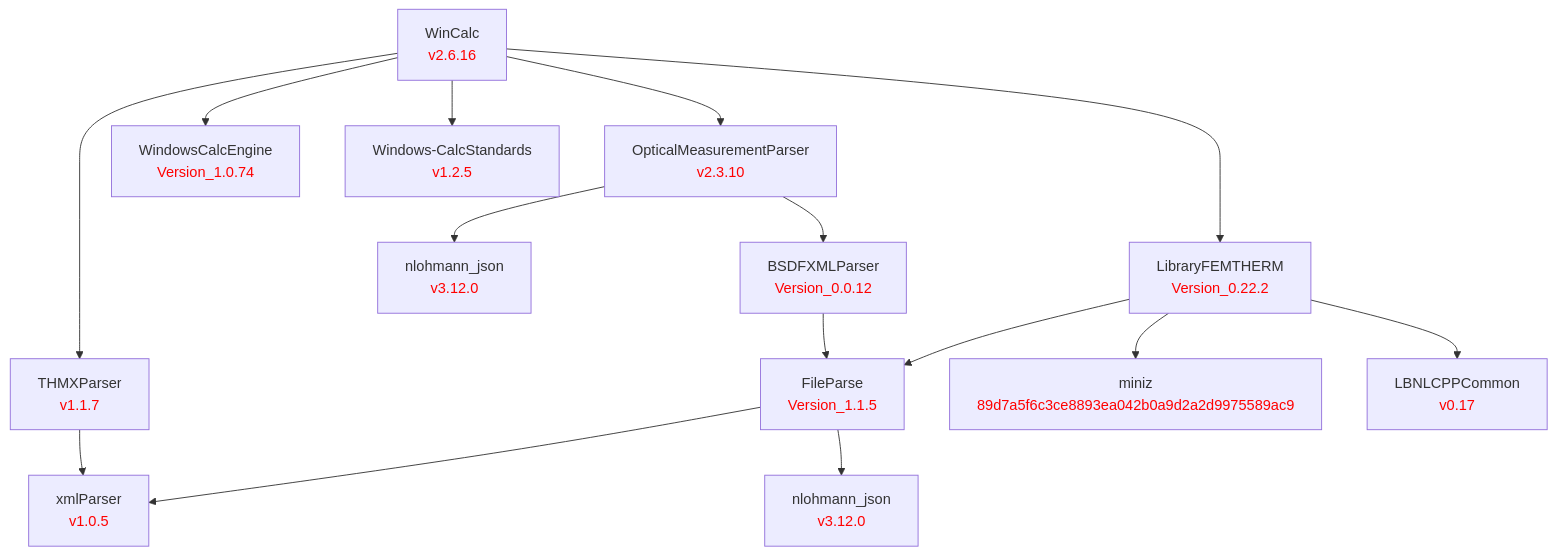
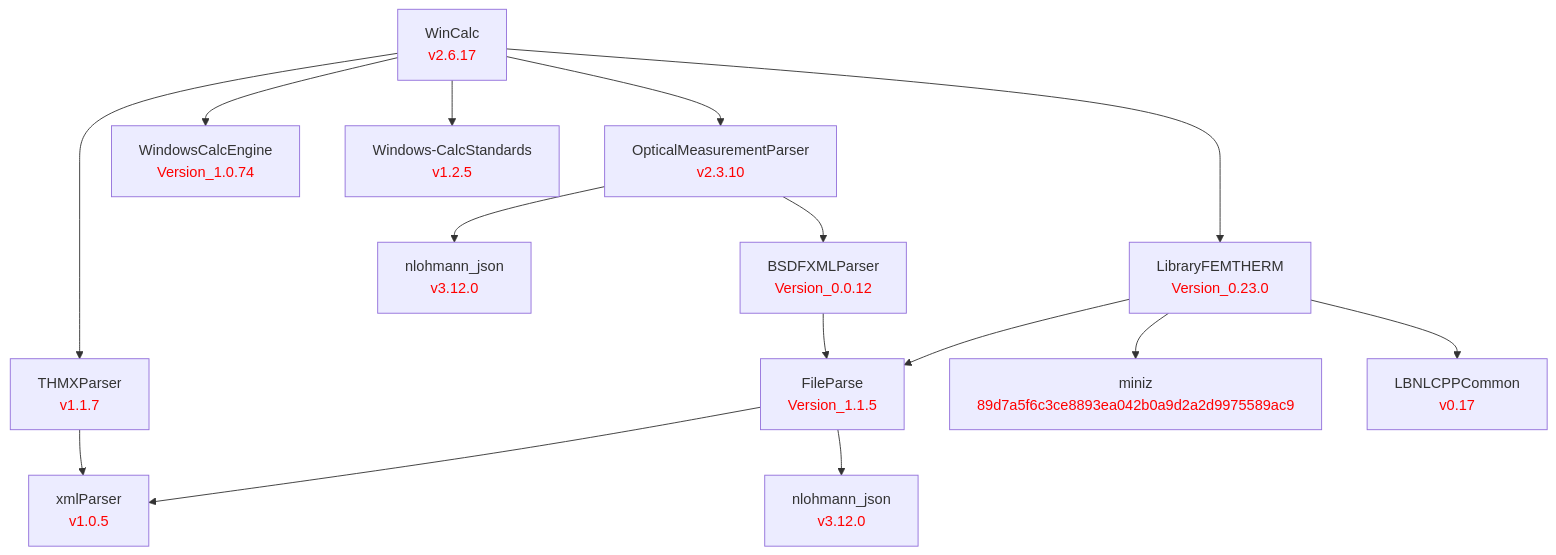
The diagram in doc/WinCalc.md (LBNL-ETA/WinCalc), drawn with Mermaid before and after one commit. The commit also changed 1 other file, not shown here.

Commit message:
Bump to Version_2.6.17; LibraryFEMTherm Version_0.23.0; refresh dep chart

````diff
--- a/doc/WinCalc.md
+++ b/doc/WinCalc.md
@@ -1,49 +1,49 @@
 ```mermaid
 graph TD
     %% Level 0
-    WinCalc[WinCalc<br/><font color='red'>v2.6.16</font>]
+    WinCalc[WinCalc<br/><font color='red'>v2.6.17</font>]
 
     %% Level 1 - direct dependencies
     OpticalMeasurementParser[OpticalMeasurementParser<br/><font color='red'>v2.3.10</font>]
     THMXParser[THMXParser<br/><font color='red'>v1.1.7</font>]
     WindowsCalcEngine[WindowsCalcEngine<br/><font color='red'>Version_1.0.74</font>]
     Windows-CalcStandards[Windows-CalcStandards<br/><font color='red'>v1.2.5</font>]
-    LibraryFEMTHERM[LibraryFEMTHERM<br/><font color='red'>Version_0.22.2</font>]
+    LibraryFEMTHERM[LibraryFEMTHERM<br/><font color='red'>Version_0.23.0</font>]
 
     %% Level 2
     nlohmann_omp[nlohmann_json<br/><font color='red'>v3.12.0</font>]
     BSDFXMLParser[BSDFXMLParser<br/><font color='red'>Version_0.0.12</font>]
     FileParse[FileParse<br/><font color='red'>Version_1.1.5</font>]
     miniz[miniz<br/><font color='red'>89d7a5f6c3ce8893ea042b0a9d2a2d9975589ac9</font>]
     LBNLCPPCommon[LBNLCPPCommon<br/><font color='red'>v0.17</font>]
 
     %% Level 3
     xmlParser[xmlParser<br/><font color='red'>v1.0.5</font>]
     nlohmann_fp[nlohmann_json<br/><font color='red'>v3.12.0</font>]
 
     %% WinCalc dependencies
     WinCalc --> OpticalMeasurementParser
     WinCalc --> THMXParser
     WinCalc --> WindowsCalcEngine
     WinCalc --> Windows-CalcStandards
     WinCalc --> LibraryFEMTHERM
 
     %% OpticalMeasurementParser dependencies
     OpticalMeasurementParser --> nlohmann_omp
     OpticalMeasurementParser --> BSDFXMLParser
 
     %% LibraryFEMTHERM dependencies
     LibraryFEMTHERM --> FileParse
     LibraryFEMTHERM --> miniz
     LibraryFEMTHERM --> LBNLCPPCommon
 
     %% BSDFXMLParser dependencies
     BSDFXMLParser --> FileParse
 
     %% FileParse dependencies
     FileParse --> xmlParser
     FileParse --> nlohmann_fp
 
     %% THMXParser dependencies
     THMXParser --> xmlParser
 ```
````
